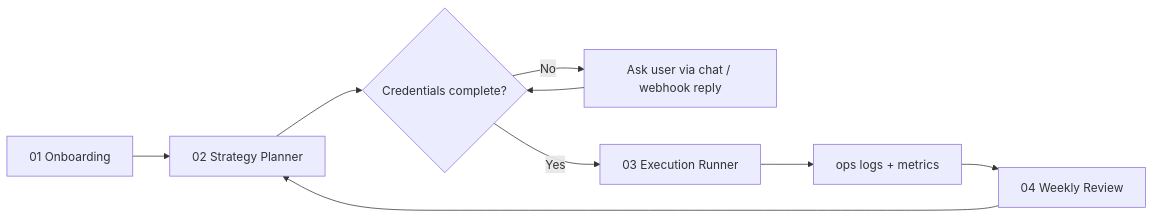
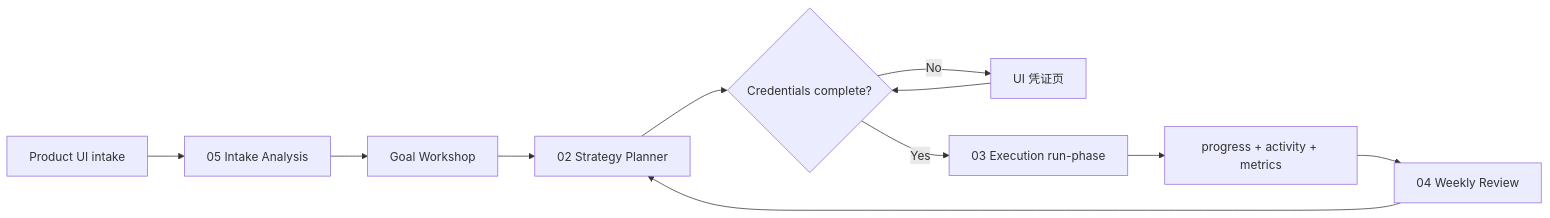
The diagram in docs/architecture.md (jamesteng2010/marketing-autopilot), drawn with Mermaid before and after one commit. The commit also changed other lines of this file and 88 other files, not shown here.

First line of the commit message:
Expand product docs, catalogs, and dogfood execution framework.

````diff
--- a/docs/architecture.md
+++ b/docs/architecture.md
@@ -36,11 +60,13 @@
 ```mermaid
 flowchart LR
-  A[01 Onboarding] --> B[02 Strategy Planner]
+  UI[Product UI intake] --> A[05 Intake Analysis]
+  A --> GW[Goal Workshop]
+  GW --> B[02 Strategy Planner]
   B --> C{Credentials complete?}
-  C -->|No| D[Ask user via chat / webhook reply]
+  C -->|No| D[UI 凭证页]
   D --> C
-  C -->|Yes| E[03 Execution Runner]
-  E --> F[ops logs + metrics]
+  C -->|Yes| E[03 Execution run-phase]
+  E --> F[progress + activity + metrics]
   F --> G[04 Weekly Review]
   G --> B
 ```
````
